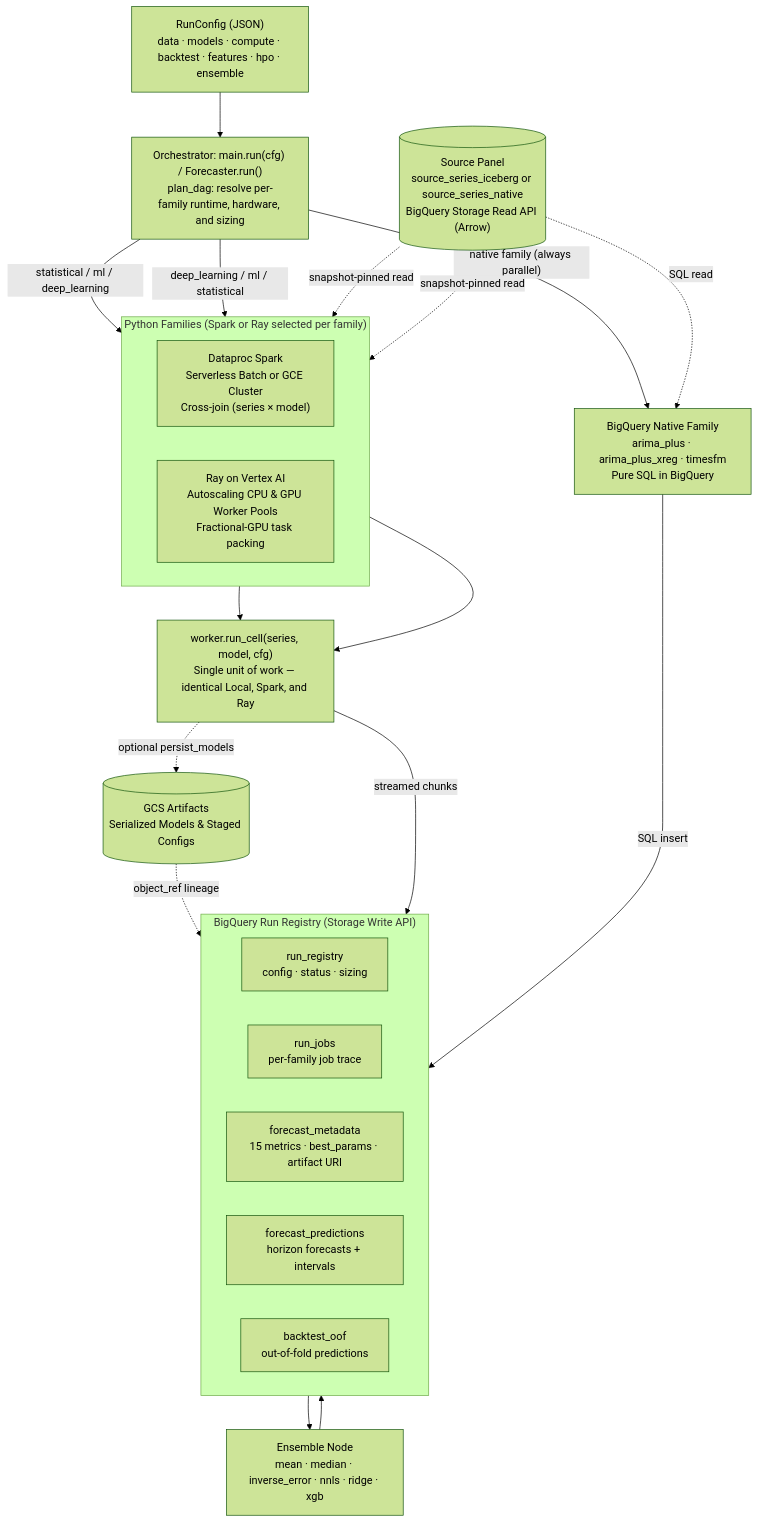
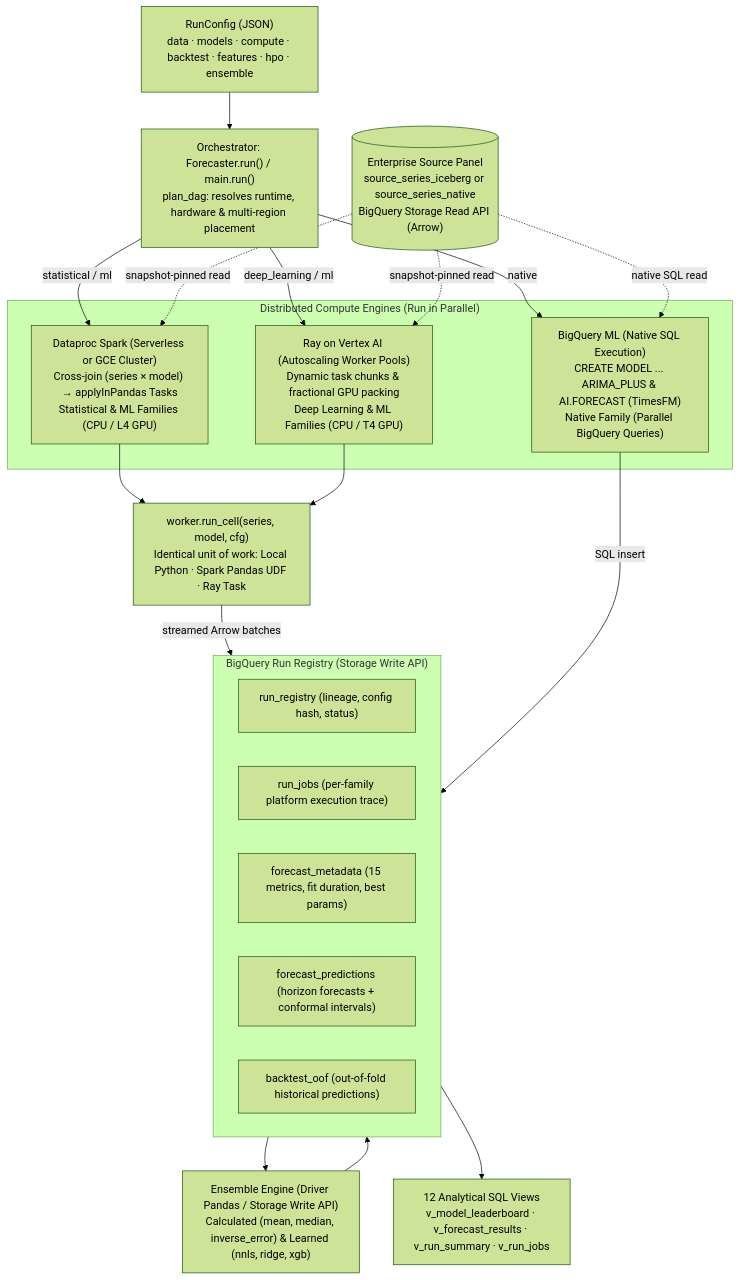
One commit to statmike/scale-forecasting changed the second of 4 diagrams in README.md. Above: the diagram before and after it, drawn with Mermaid (forest theme). The commit also changed other lines of this file and 12 other files, not shown here.

````diff
--- a/README.md
+++ b/README.md
@@ -87,46 +121,43 @@
 ```mermaid
 flowchart TB
     cfg["RunConfig (JSON)<br/>data · models · compute · backtest · features · hpo · ensemble"]
-    entry["Orchestrator: main.run(cfg) / Forecaster.run()<br/>plan_dag: resolve per-family runtime, hardware, and sizing"]
-    cfg --> entry
+    orch["Orchestrator: Forecaster.run() / main.run()<br/>plan_dag: resolves runtime, hardware & multi-region placement"]
+    cfg --> orch
 
-    subgraph py["Python Families (Spark or Ray selected per family)"]
-        direction LR
-        spark["Dataproc Spark<br/>Serverless Batch or GCE Cluster<br/>Cross-join (series × model)"]
-        ray["Ray on Vertex AI<br/>Autoscaling CPU & GPU Worker Pools<br/>Fractional-GPU task packing"]
+    subgraph compute["Distributed Compute Engines (Run in Parallel)"]
+        spark["Dataproc Spark (Serverless or GCE Cluster)<br/>Cross-join (series × model) → applyInPandas Tasks<br/>Statistical & ML Families (CPU / L4 GPU)"]
+        ray["Ray on Vertex AI (Autoscaling Worker Pools)<br/>Dynamic task chunks & fractional GPU packing<br/>Deep Learning & ML Families (CPU / T4 GPU)"]
+        bq["BigQuery ML (Native SQL Execution)<br/>CREATE MODEL ... ARIMA_PLUS & AI.FORECAST (TimesFM)<br/>Native Family (Parallel BigQuery Queries)"]
     end
 
-    bq["BigQuery Native Family<br/>arima_plus · arima_plus_xreg · timesfm<br/>Pure SQL in BigQuery"]
+    orch -->|"statistical / ml"| spark
+    orch -->|"deep_learning / ml"| ray
+    orch -->|"native"| bq
 
-    entry -->|"statistical / ml / deep_learning"| spark
-    entry -->|"deep_learning / ml / statistical"| ray
-    entry -->|"native family (always parallel)"| bq
+    unit["worker.run_cell(series, model, cfg)<br/>Identical unit of work: Local Python · Spark Pandas UDF · Ray Task"]
+    spark --> unit
+    ray --> unit
 
-    cell["worker.run_cell(series, model, cfg)<br/>Single unit of work — identical Local, Spark, and Ray"]
-    spark --> cell
-    ray --> cell
+    source[("Enterprise Source Panel<br/>source_series_iceberg or source_series_native<br/>BigQuery Storage Read API (Arrow)")]
+    source -.->|snapshot-pinned read| spark
+    source -.->|snapshot-pinned read| ray
+    source -.->|native SQL read| bq
 
-    data[("Source Panel<br/>source_series_iceberg or source_series_native<br/>BigQuery Storage Read API (Arrow)")]
-    data -.->|snapshot-pinned read| spark
-    data -.->|snapshot-pinned read| ray
-    data -.->|SQL read| bq
-
-    subgraph reg["BigQuery Run Registry (Storage Write API)"]
-        direction LR
-        r0["run_registry<br/>config · status · sizing"]
-        r1["run_jobs<br/>per-family job trace"]
-        r2["forecast_metadata<br/>15 metrics · best_params · artifact URI"]
-        r3["forecast_predictions<br/>horizon forecasts + intervals"]
-        r4["backtest_oof<br/>out-of-fold predictions"]
+    subgraph registry["BigQuery Run Registry (Storage Write API)"]
+        r_head["run_registry (lineage, config hash, status)"]
+        r_jobs["run_jobs (per-family platform execution trace)"]
+        r_meta["forecast_metadata (15 metrics, fit duration, best params)"]
+        r_pred["forecast_predictions (horizon forecasts + conformal intervals)"]
+        r_oof["backtest_oof (out-of-fold historical predictions)"]
     end
 
-    ens["Ensemble Node<br/>mean · median · inverse_error · nnls · ridge · xgb"]
-    cell -->|streamed chunks| reg
-    bq -->|SQL insert| reg
-    reg --> ens
-    ens --> reg
+    unit -->|streamed Arrow batches| registry
+    bq -->|SQL insert| registry
 
-    art[("GCS Artifacts<br/>Serialized Models & Staged Configs")]
-    cell -.->|optional persist_models| art
-    art -.->|object_ref lineage| r2
+    ens["Ensemble Engine (Driver Pandas / Storage Write API)<br/>Calculated (mean, median, inverse_error) & Learned (nnls, ridge, xgb)"]
+    registry --> ens
+    ens --> registry
+
+    views["12 Analytical SQL Views<br/>v_model_leaderboard · v_forecast_results · v_run_summary · v_run_jobs"]
+    registry --> views
 ```
````
